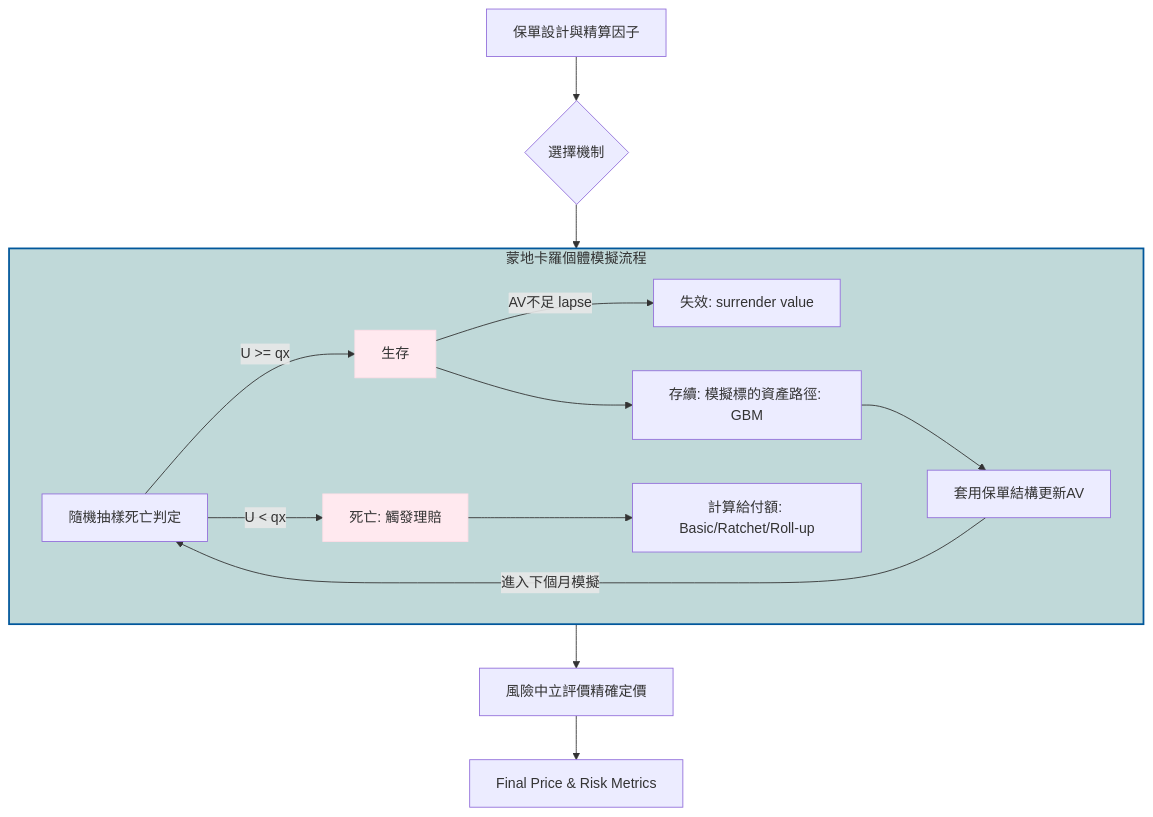
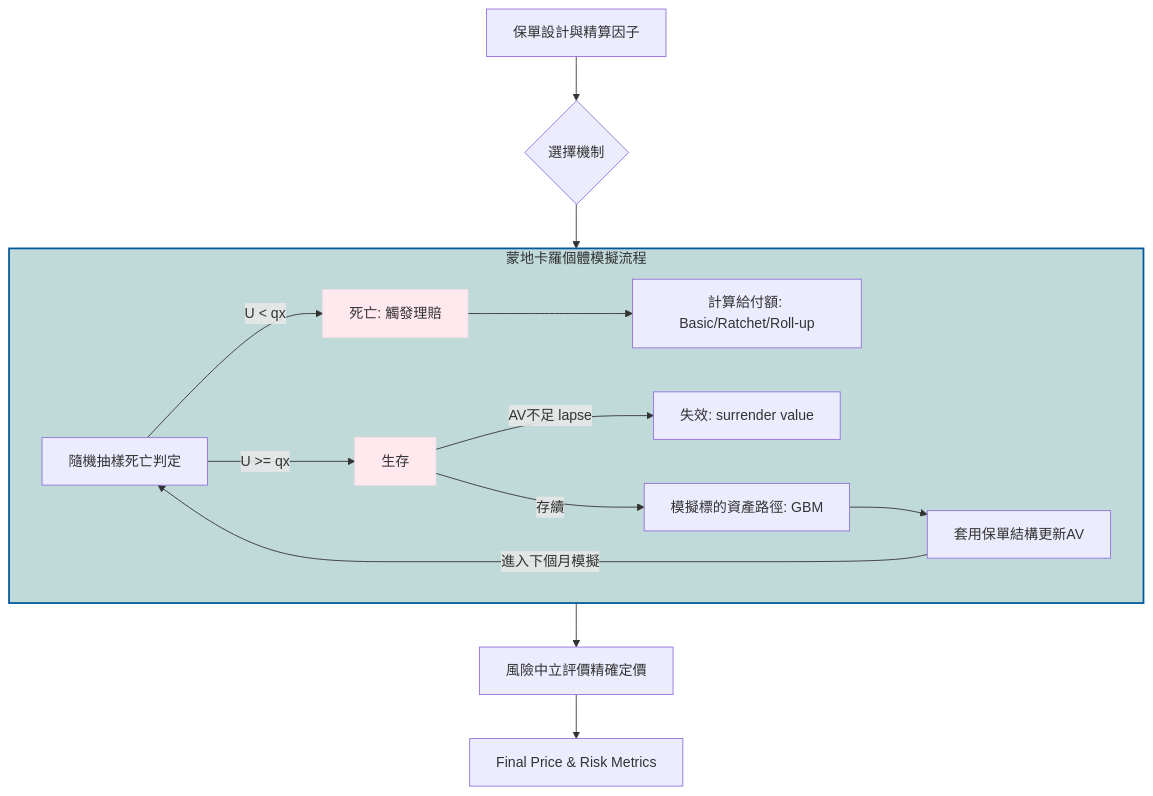
The diagram in README.md (Kai-Yun-Chang/--Simulation-Python), drawn with Mermaid before and after one commit. The commit also changed other lines of this file, not shown here.

````diff
--- a/README.md
+++ b/README.md
@@ -26,24 +26,25 @@
 ```mermaid
 graph TD
     %% 主流程
     Input[保單設計與精算因子] --> Mechanism{選擇機制}
     Mechanism --> Simulation[蒙地卡羅模擬流程]
     Simulation --> Risk-neutral[風險中立評價精確定價]
     Risk-neutral --> Result[Final Price & Risk Metrics]
 
     %% 蒙地卡羅詳細步驟 (子圖)
     subgraph Simulation [蒙地卡羅個體模擬流程]
         S1[隨機抽樣死亡判定] -->|U < qx| Dead[死亡: 觸發理賠]
         S1 -->|U >= qx| Alive[生存]
+        Dead --> DB[計算給付額: Basic/Ratchet/Roll-up]
         Alive --> |AV不足 lapse| Lapse[失效: surrender value]
-        Alive --> S2[存續: 模擬標的資產路徑: GBM]
+        Alive --> |存續|S2[模擬標的資產路徑: GBM]
         S2 --> S3[套用保單結構更新AV]
-        Dead --> DB[計算給付額: Basic/Ratchet/Roll-up]
+       
         
         S3 -->|進入下個月模擬| S1
     end
 
     style Dead fill:#ffe9ef,stroke:#ffdee7
     style Alive fill:#ffe9ef,stroke:#ffdee7
     style Simulation fill:#c0d9d9,stroke:#01579b,stroke-width:2px
 ```
````
